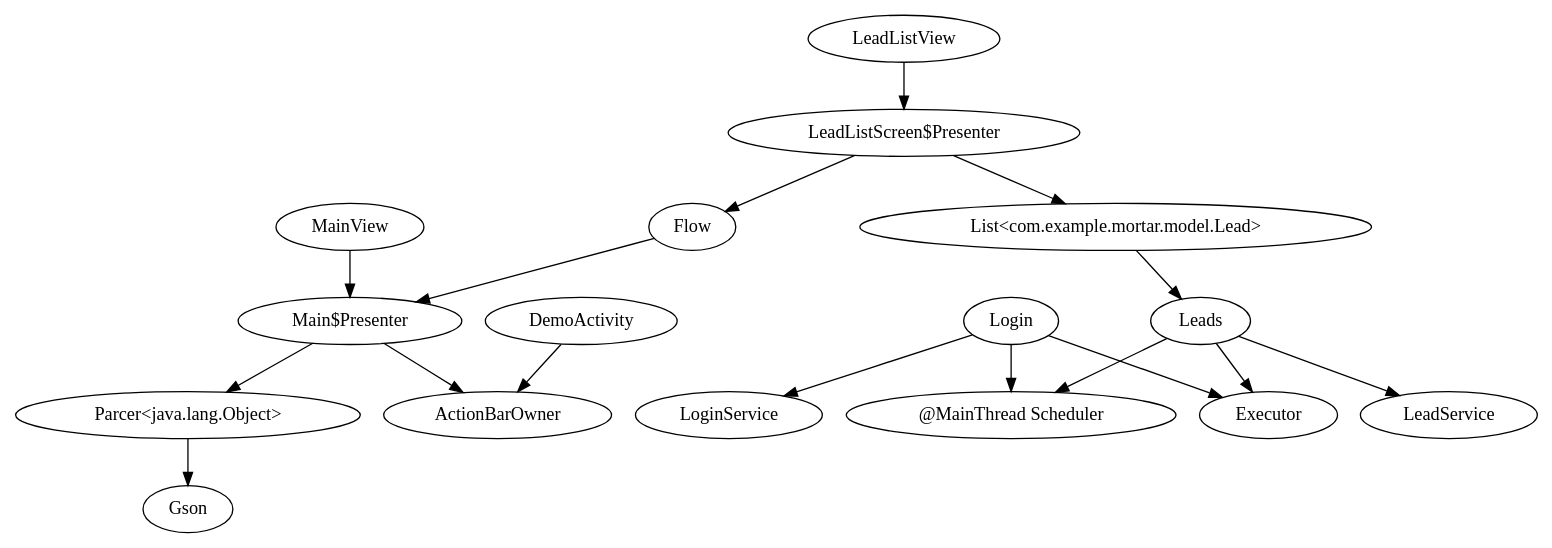
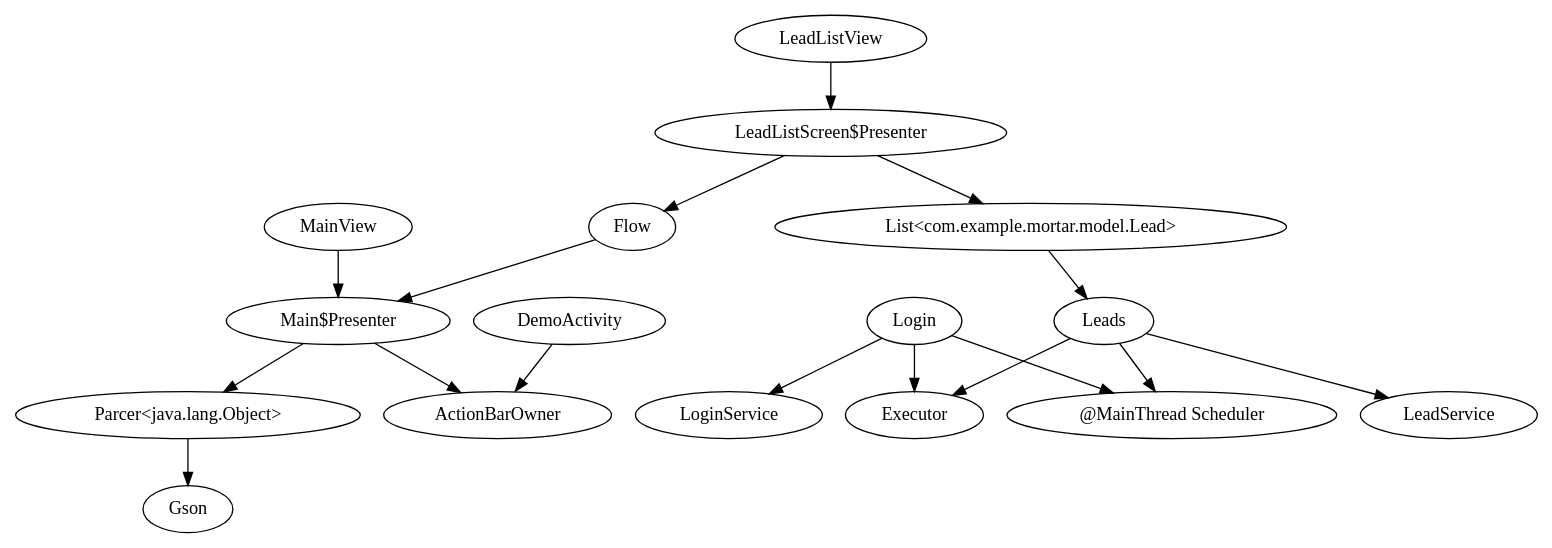
One commit to ganesansays/Topaz-Mortar changed the diagram in target/generated-sources/annotations/com/example/mortar/screen/LeadListScreen.Module.dot. Above: the diagram before and after it, drawn with Graphviz. The commit also changed other lines of this file and 11 other files, not shown here.

```diff
--- a/target/generated-sources/annotations/com/example/mortar/screen/LeadListScreen.Module.dot
+++ b/target/generated-sources/annotations/com/example/mortar/screen/LeadListScreen.Module.dot
@@ -1,24 +1,24 @@
 digraph G1 {
   concentrate = true;
   DemoActivity -> ActionBarOwner;
   n2 [label="Main$Presenter"];
   Flow -> n2;
   n3 [label="LeadListScreen$Presenter"];
   n4 [label="List<com.example.mortar.model.Lead>"];
   n3 -> n4;
   n3 -> Flow;
   LeadListView -> n3;
-  Leads -> Executor;
-  Leads -> LeadService;
   n5 [label="@MainThread Scheduler"];
   Leads -> n5;
+  Leads -> LeadService;
+  Leads -> Executor;
   n4 -> Leads;
   Login -> LoginService;
+  Login -> n5;
   Login -> Executor;
-  Login -> n5;
   n2 -> ActionBarOwner;
   n6 [label="Parcer<java.lang.Object>"];
   n2 -> n6;
   MainView -> n2;
   n6 -> Gson;
 }
```
